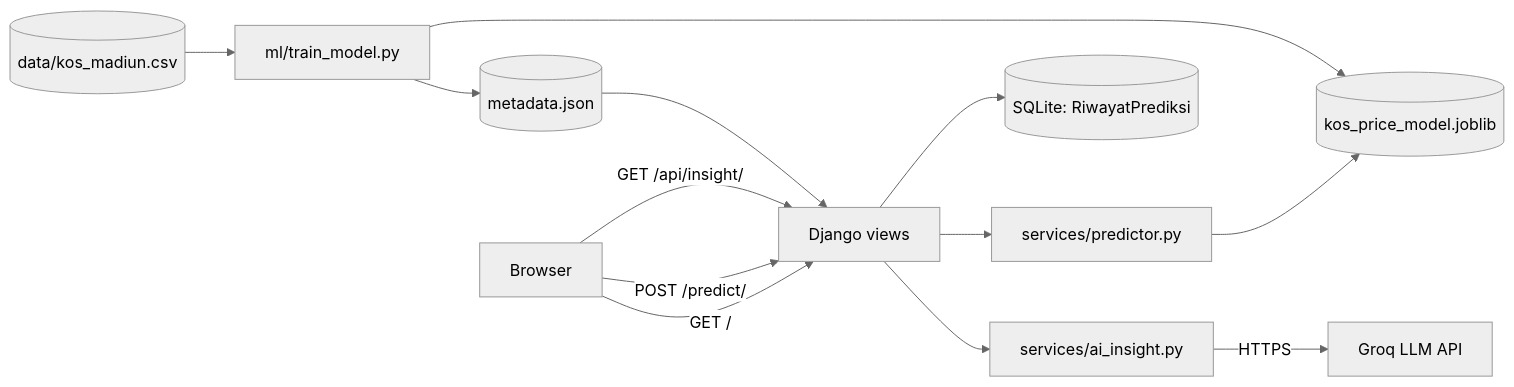
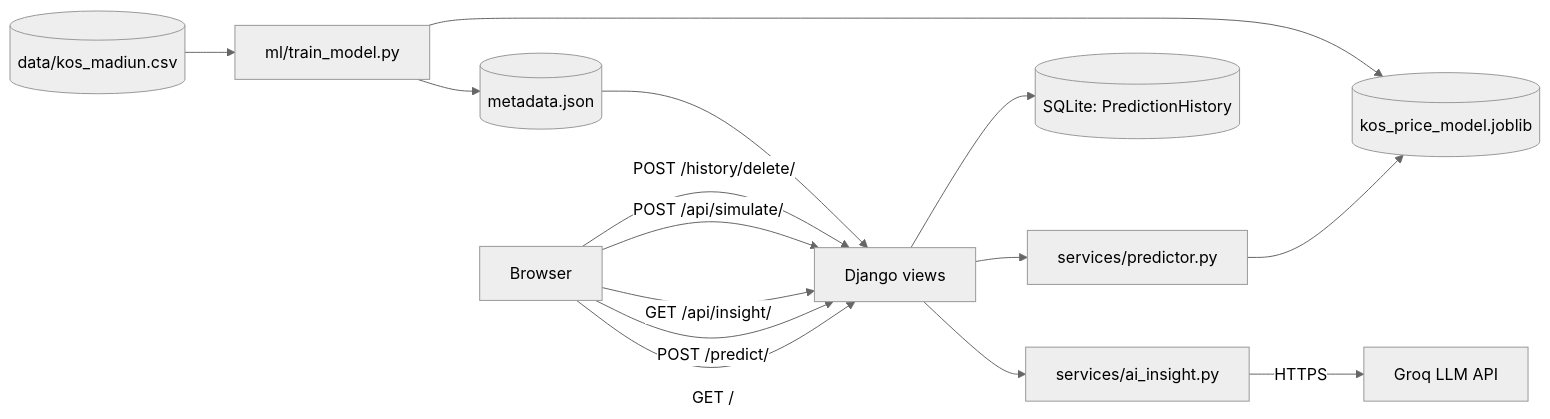
Before and after one commit to BagusDananjaya1922/KOS-PREDICT-AI: the diagram in README.md, drawn with Mermaid (neutral theme). The commit also changed other lines of this file, not shown here.

````diff
--- a/README.md
+++ b/README.md
@@ -67,15 +70,17 @@
 ```mermaid
 flowchart LR
     U[Browser] -->|GET /| V[Django views]
     U -->|POST /predict/| V
     U -->|GET /api/insight/| V
+    U -->|POST /api/simulate/| V
+    U -->|POST /history/delete/| V
     V --> P[services/predictor.py]
     P --> M[(kos_price_model.joblib)]
-    V --> DB[(SQLite: RiwayatPrediksi)]
+    V --> DB[(SQLite: PredictionHistory)]
     V --> A[services/ai_insight.py]
     A -->|HTTPS| G[Groq LLM API]
     D[(data/kos_madiun.csv)] --> T[ml/train_model.py]
     T --> M
     T --> J[(metadata.json)]
     J --> V
 ```
````
